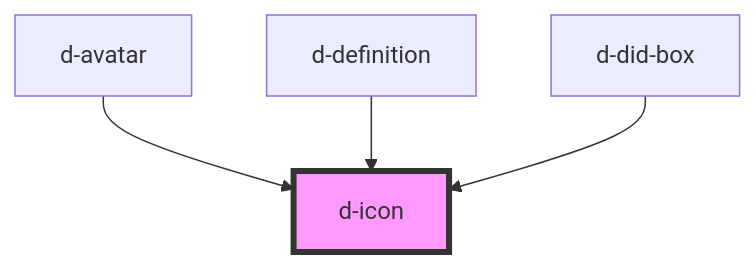
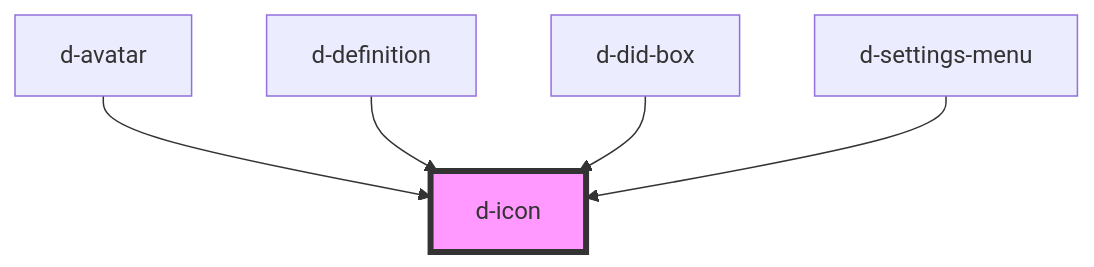
One commit to ForkbombEu/didroom-components changed the diagram in src/components/icon/readme.md. Above: the diagram before and after it, drawn with Mermaid. The commit also changed other lines of this file and 6 other files, not shown here.

Commit message:
feat: add app settings menu

````diff
--- a/src/components/icon/readme.md
+++ b/src/components/icon/readme.md
@@ -26,7 +27,8 @@
 ```mermaid
 graph TD;
   d-avatar --> d-icon
   d-definition --> d-icon
   d-did-box --> d-icon
+  d-settings-menu --> d-icon
   style d-icon fill:#f9f,stroke:#333,stroke-width:4px
 ```
````
